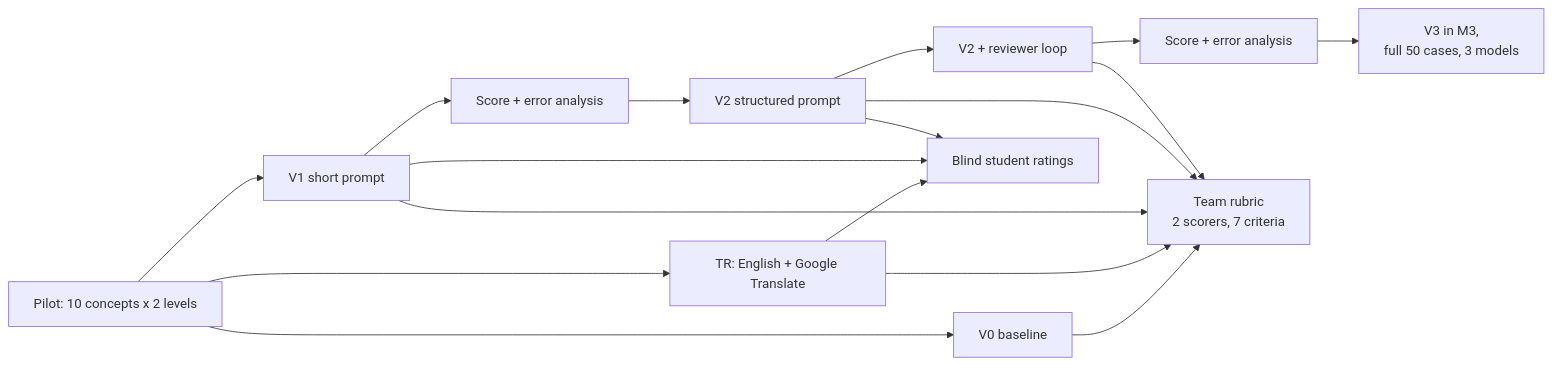
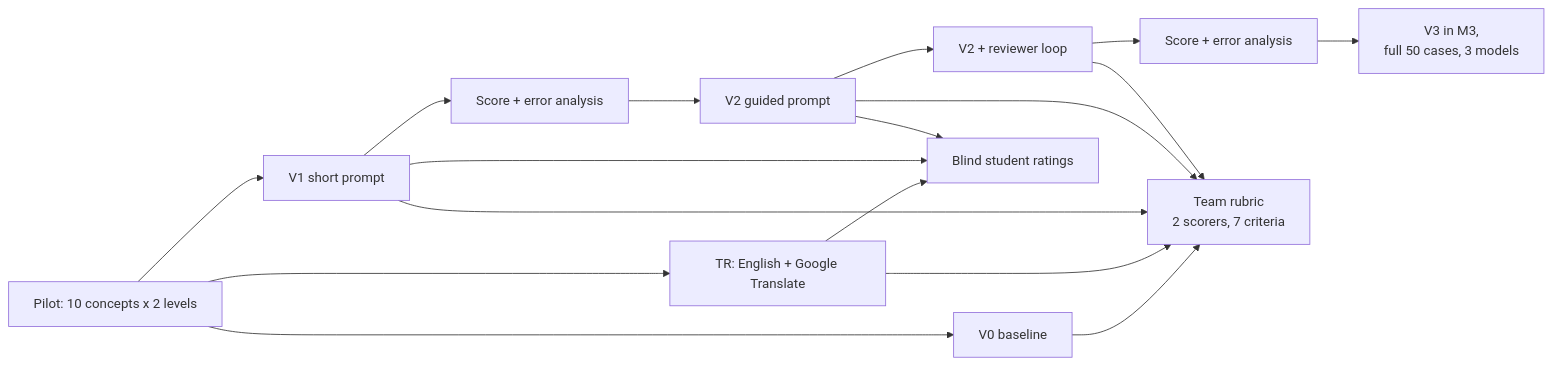
One commit to jnsuhani/matrabhasha.ai changed the third of 3 diagrams in design/design.md. Above: the diagram before and after it, drawn with Mermaid. The commit also changed other lines of this file and 17 other files, not shown here.

````diff
--- a/design/design.md
+++ b/design/design.md
@@ -58,11 +58,11 @@
 ```mermaid
 flowchart LR
     T[Pilot: 10 concepts x 2 levels] --> V0[V0 baseline]
     T --> TR[TR: English + Google Translate]
     T --> V1[V1 short prompt]
-    V1 --> EA1[Score + error analysis] --> V2[V2 structured prompt]
+    V1 --> EA1[Score + error analysis] --> V2[V2 guided prompt]
     V2 --> V2R[V2 + reviewer loop]
     V2R --> EA2[Score + error analysis] --> V3[V3 in M3,<br/>full 50 cases, 3 models]
     V0 & TR & V1 & V2 & V2R --> S1[Team rubric<br/>2 scorers, 7 criteria]
     TR & V1 & V2 --> S2[Blind student ratings]
 ```
````
